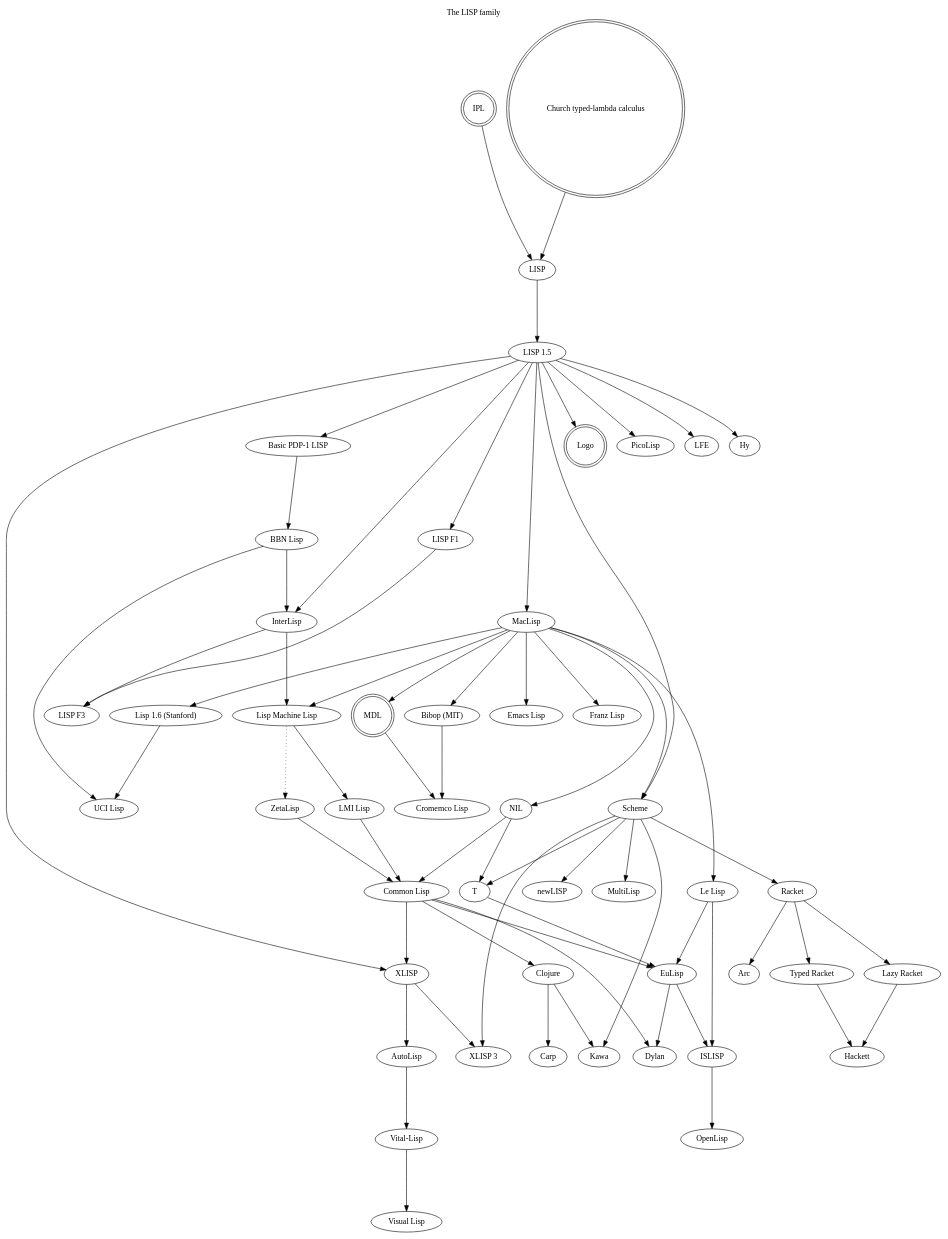
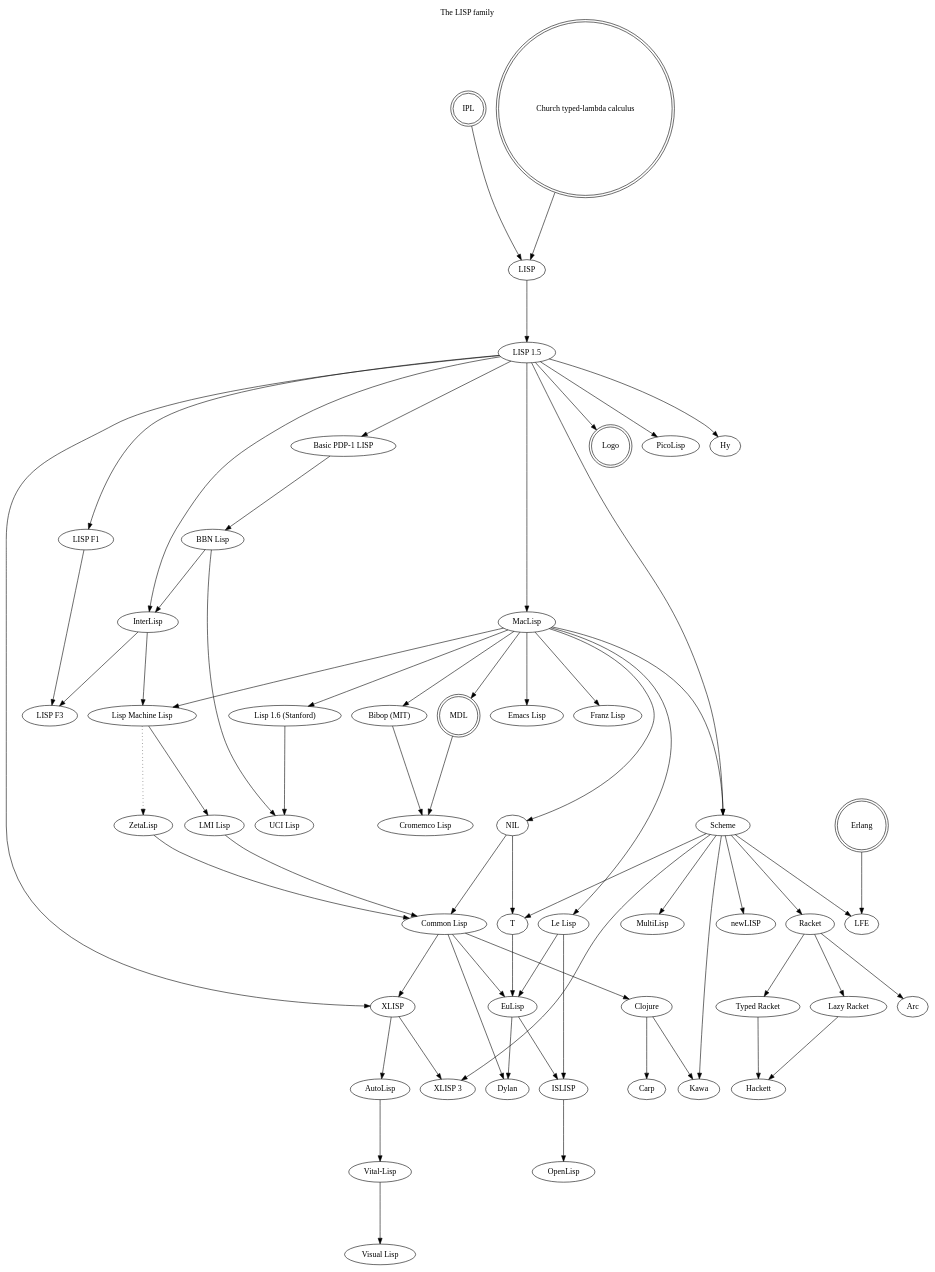
The diagram in lisp.gv (fogus/lang-genealogy), drawn with Graphviz before and after one commit.

Commit message:
fixing lfe link

```diff
--- a/lisp.gv
+++ b/lisp.gv
@@ -1,70 +1,72 @@
 # -*- graphviz-dot -*-
 digraph FP
 {
 	graph[ranksep=1.5,
 	      ratio="expand",
 	      concentrate=false,
 	      rank=new,
 	      constraint=true,
 	      label="The LISP family",
 	      labelloc=t,
 	      splines=true];
 
 	// Entry and exit nodes from/into other languages are doublecircle formatted.
 	// Dotted lines represent minor changes from one to another (e.g. renaming)
 	// Any changes should render on http://www.webgraphviz.com
 
 	"IPL" -> "LISP";
 	"IPL" [shape = doublecircle];
 	"Church typed-lambda calculus" -> "LISP";
 	"Church typed-lambda calculus" [shape = doublecircle];	
 	"LISP" -> "LISP 1.5";
 	"LISP 1.5" -> "InterLisp";
 	"LISP 1.5" -> "MacLisp";
 	"LISP 1.5" -> "Basic PDP-1 LISP";
 	"MacLisp" -> "Lisp Machine Lisp";
 	"MacLisp" -> "Bibop (MIT)";
 	"MacLisp" -> "Lisp 1.6 (Stanford)";
 	"Lisp 1.6 (Stanford)" -> "UCI Lisp";
 	"Basic PDP-1 LISP" -> "BBN Lisp";
 	"BBN Lisp" -> "UCI Lisp";
 	"BBN Lisp" -> "InterLisp";
 	"InterLisp" -> "Lisp Machine Lisp";
 	"Lisp Machine Lisp" -> "ZetaLisp" [style=dotted];
 	"Lisp Machine Lisp" -> "LMI Lisp";
 	"ZetaLisp" -> "Common Lisp";
 	"LMI Lisp" -> "Common Lisp";
 	"MacLisp" -> "Scheme" -> "MultiLisp";
 	"MacLisp" -> "MDL";
 	"MDL" -> "Cromemco Lisp";
 	"MDL" [shape = doublecircle];
 	"Bibop (MIT)" -> "Cromemco Lisp";
 	"LISP 1.5" -> "XLISP" -> "AutoLisp" -> "Vital-Lisp";
 	"Vital-Lisp" -> "Visual Lisp";
 	"Common Lisp" -> "XLISP" -> "XLISP 3";
 	"Scheme" -> "XLISP 3";
 	"MacLisp" -> "Emacs Lisp";
 	"MacLisp" -> "NIL" -> "Common Lisp" -> "Dylan";
 	"NIL" -> "T";
 	"Scheme" -> "Kawa";
 	"Common Lisp" -> "Clojure" -> "Kawa";
 	"Scheme" -> "newLISP";
 	"LISP 1.5" -> "Logo";
 	"Logo" [shape = doublecircle];
 	"MacLisp" -> "Franz Lisp";
 	"LISP 1.5" -> "Scheme" -> "T";
 	"LISP 1.5" -> "PicoLisp";
-	"LISP 1.5" -> "LFE";
+	"Erlang" -> "LFE";
+	"Erlang" [shape = doublecircle];
+	"Scheme" -> "LFE";
 	"LISP 1.5" -> "Hy";
 	"LISP 1.5" -> "LISP F1";
 	"LISP F1" -> "LISP F3";
 	"InterLisp" -> "LISP F3";
 	"Scheme" -> "Racket" -> "Arc";
 	"Racket" -> "Typed Racket" -> "Hackett";
 	"Racket" -> "Lazy Racket" -> "Hackett";
 	"Clojure" -> "Carp";
 	"MacLisp" -> "Le Lisp" -> "EuLisp";
 	"Le Lisp" -> "ISLISP";
 	"Common Lisp" -> "EuLisp" -> "Dylan";
 	"T" -> "EuLisp" -> "ISLISP" -> "OpenLisp";
 }
```
